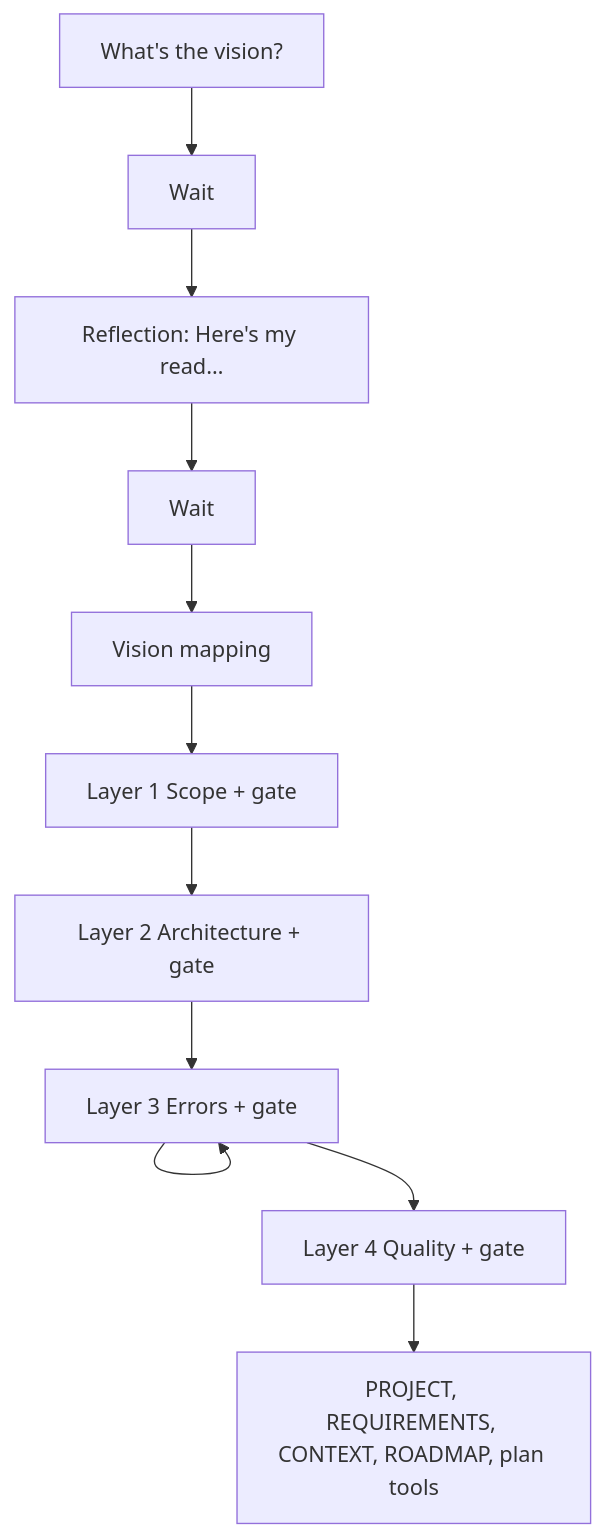
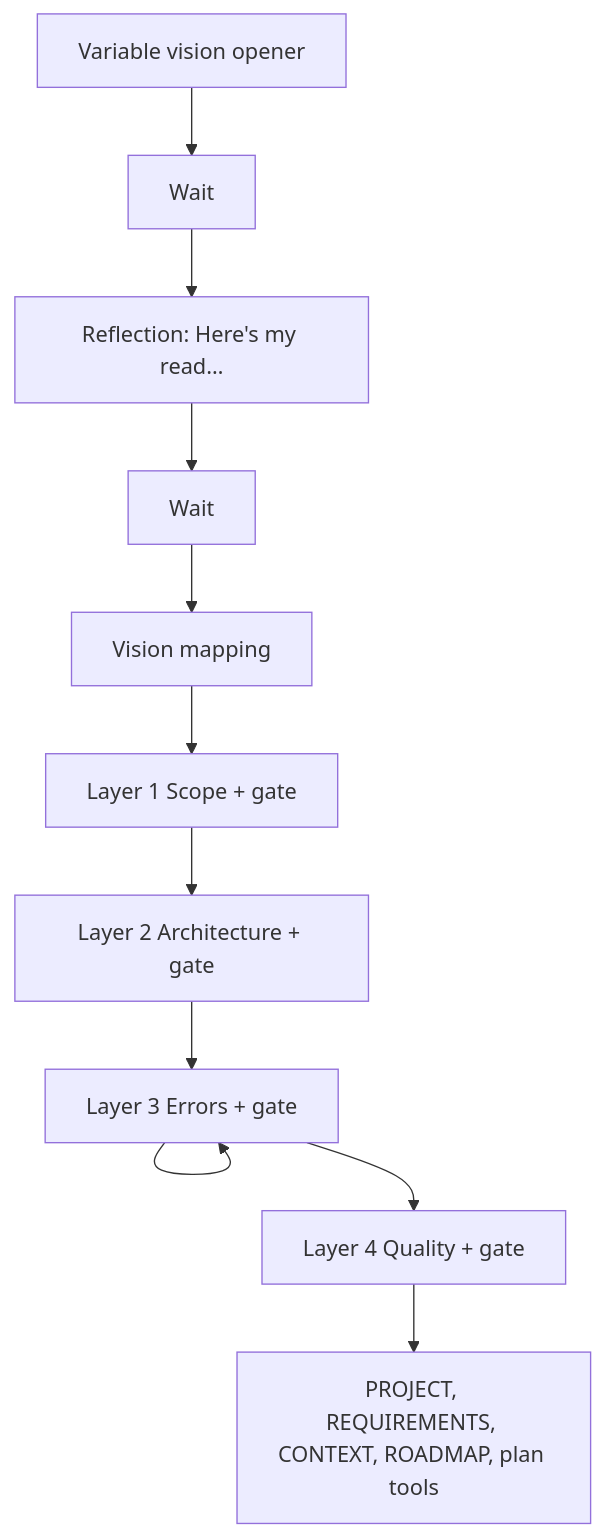
Before and after one commit to evolv3ai/gsd-pi: the third of 5 diagrams in docs/dev/new-milestone-discuss-flow.md, drawn with Mermaid. The commit also changed other lines of this file and 8 other files, not shown here.

````diff
--- a/docs/dev/new-milestone-discuss-flow.md
+++ b/docs/dev/new-milestone-discuss-flow.md
@@ -109,9 +109,9 @@
 ```mermaid
 flowchart TD
-  V["What's the vision?"] --> W1[Wait]
+  V["Variable vision opener"] --> W1[Wait]
   W1 --> R["Reflection: Here's my read…"] --> W2[Wait]
   W2 --> VM["Vision mapping"]
   VM --> L1["Layer 1 Scope + gate"] --> L2["Layer 2 Architecture + gate"]
   L2 --> L3["Layer 3 Errors + gate"] --> L3 --> L4["Layer 4 Quality + gate"]
   L4 --> ART["PROJECT, REQUIREMENTS, CONTEXT, ROADMAP, plan tools"]
 ```
````
